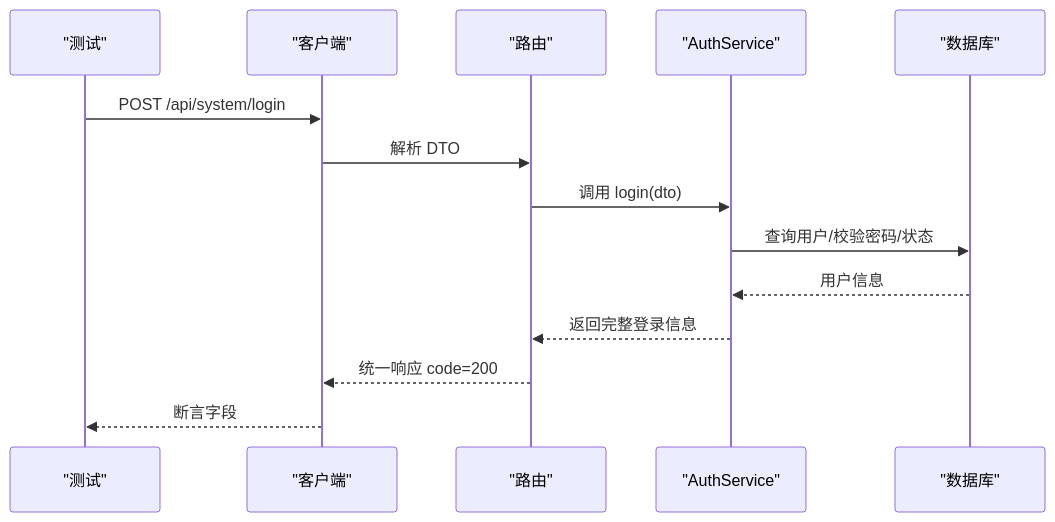
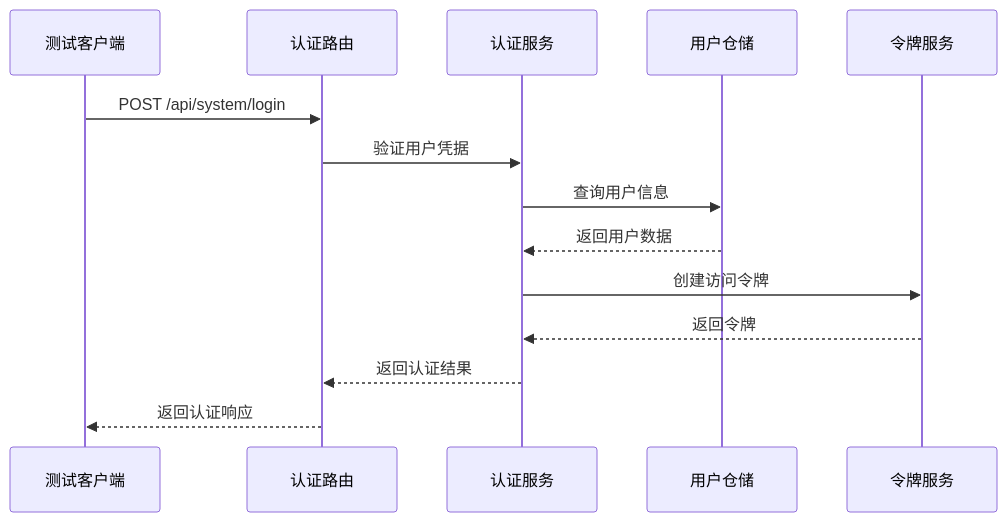
The seventh of 12 diagrams in .qoder/repowiki/zh/content/测试策略/集成测试.md (taoweidong/Hello-FastApi), drawn with Mermaid before and after one commit. The commit also changed other lines of this file and 61 other files, not shown here.

````diff
--- a/.qoder/repowiki/zh/content/测试策略/集成测试.md
+++ b/.qoder/repowiki/zh/content/测试策略/集成测试.md
@@ -191,16 +286,16 @@
 ```mermaid
 sequenceDiagram
-participant T as "测试"
-participant C as "客户端"
-participant R as "路由"
-participant S as "AuthService"
-participant DB as "数据库"
-T->>C : POST /api/system/login
-C->>R : 解析 DTO
-R->>S : 调用 login(dto)
-S->>DB : 查询用户/校验密码/状态
-DB-->>S : 用户信息
-S-->>R : 返回完整登录信息
-R-->>C : 统一响应 code=200
-C-->>T : 断言字段
+participant TC as 测试客户端
+participant AR as 认证路由
+participant AS as 认证服务
+participant UR as 用户仓储
+participant TS as 令牌服务
+TC->>AR : POST /api/system/login
+AR->>AS : 验证用户凭据
+AS->>UR : 查询用户信息
+UR-->>AS : 返回用户数据
+AS->>TS : 创建访问令牌
+TS-->>AS : 返回令牌
+AS-->>AR : 返回认证结果
+AR-->>TC : 返回认证响应
 ```
````
